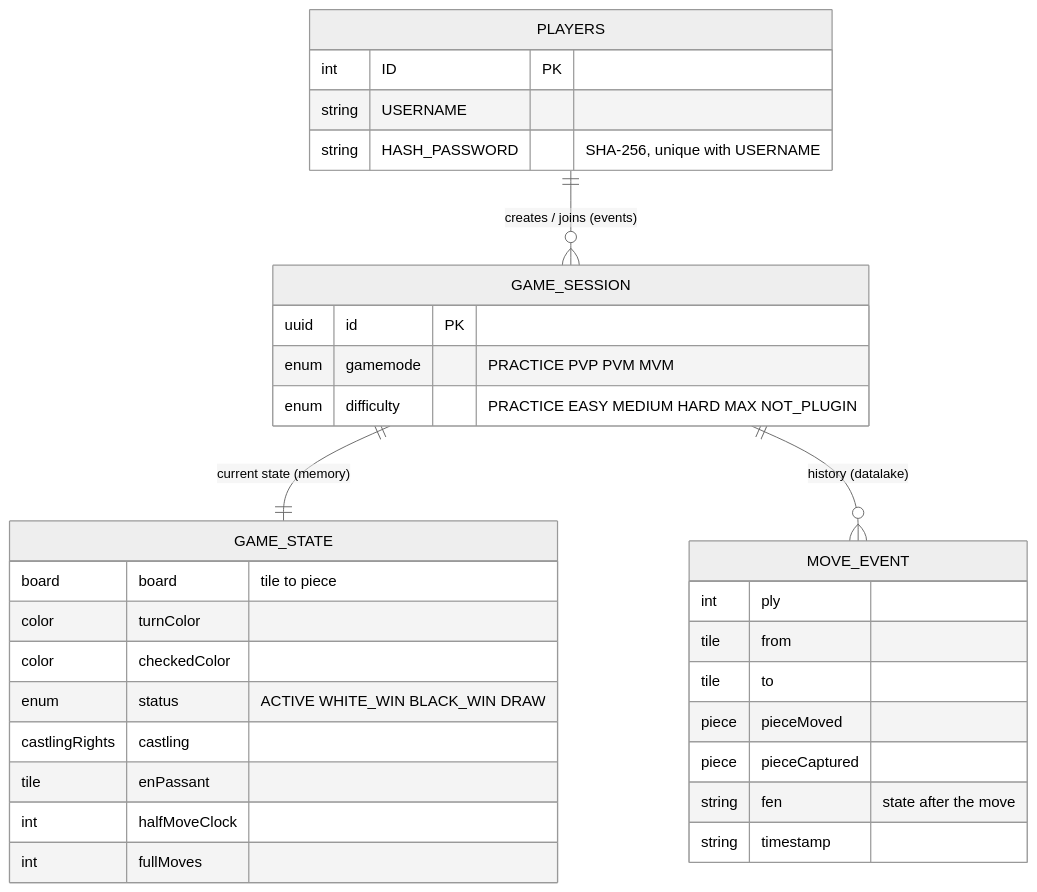
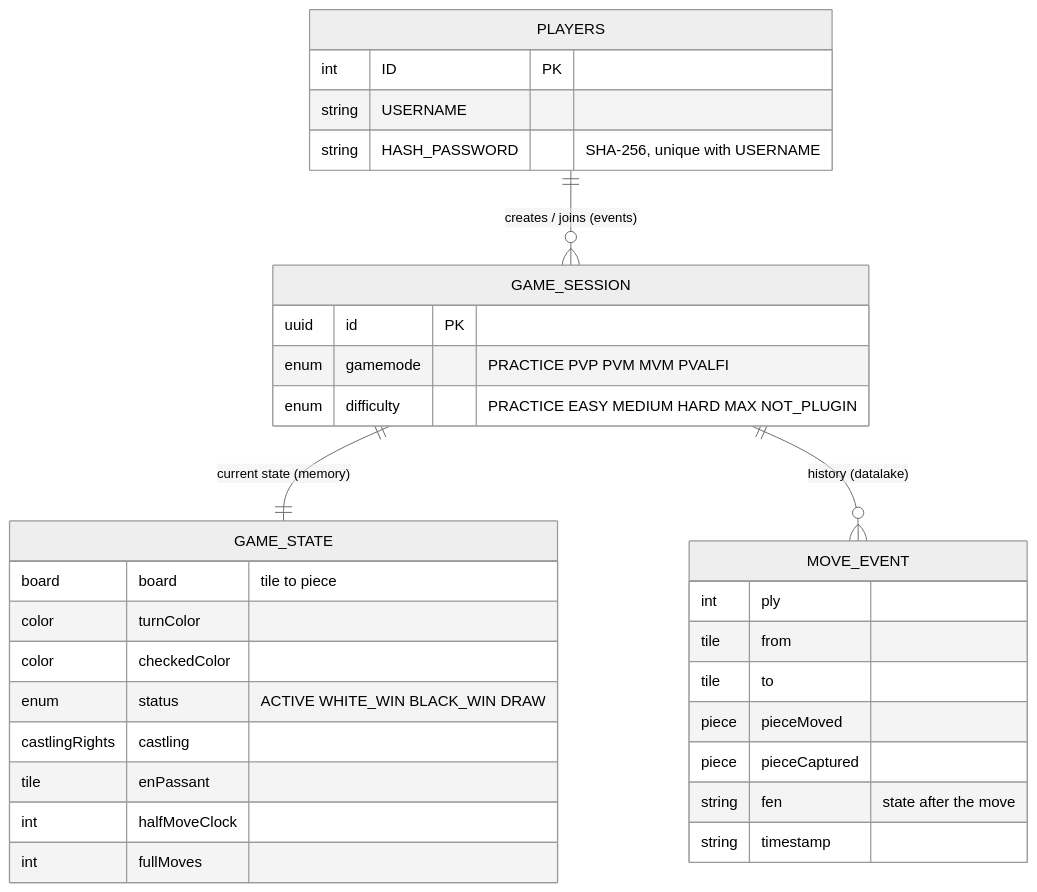
The ninth of 10 diagrams in README.md (Reivajh06/chess-software), drawn with Mermaid (neutral theme) before and after one commit. The commit also changed other lines of this file and 10 other files, not shown here.

````diff
--- a/README.md
+++ b/README.md
@@ -673,36 +674,36 @@
 ```mermaid
 erDiagram
     PLAYERS {
         int ID PK
         string USERNAME
         string HASH_PASSWORD "SHA-256, unique with USERNAME"
     }
     GAME_SESSION {
         uuid id PK
-        enum gamemode "PRACTICE PVP PVM MVM"
+        enum gamemode "PRACTICE PVP PVM MVM PVALFI"
         enum difficulty "PRACTICE EASY MEDIUM HARD MAX NOT_PLUGIN"
     }
     GAME_STATE {
         board board "tile to piece"
         color turnColor
         color checkedColor
         enum status "ACTIVE WHITE_WIN BLACK_WIN DRAW"
         castlingRights castling
         tile enPassant
         int halfMoveClock
         int fullMoves
     }
     MOVE_EVENT {
         int ply
         tile from
         tile to
         piece pieceMoved
         piece pieceCaptured
         string fen "state after the move"
         string timestamp
     }
 
     GAME_SESSION ||--|| GAME_STATE : "current state (memory)"
     GAME_SESSION ||--o{ MOVE_EVENT : "history (datalake)"
     PLAYERS ||--o{ GAME_SESSION : "creates / joins (events)"
 ```
````
